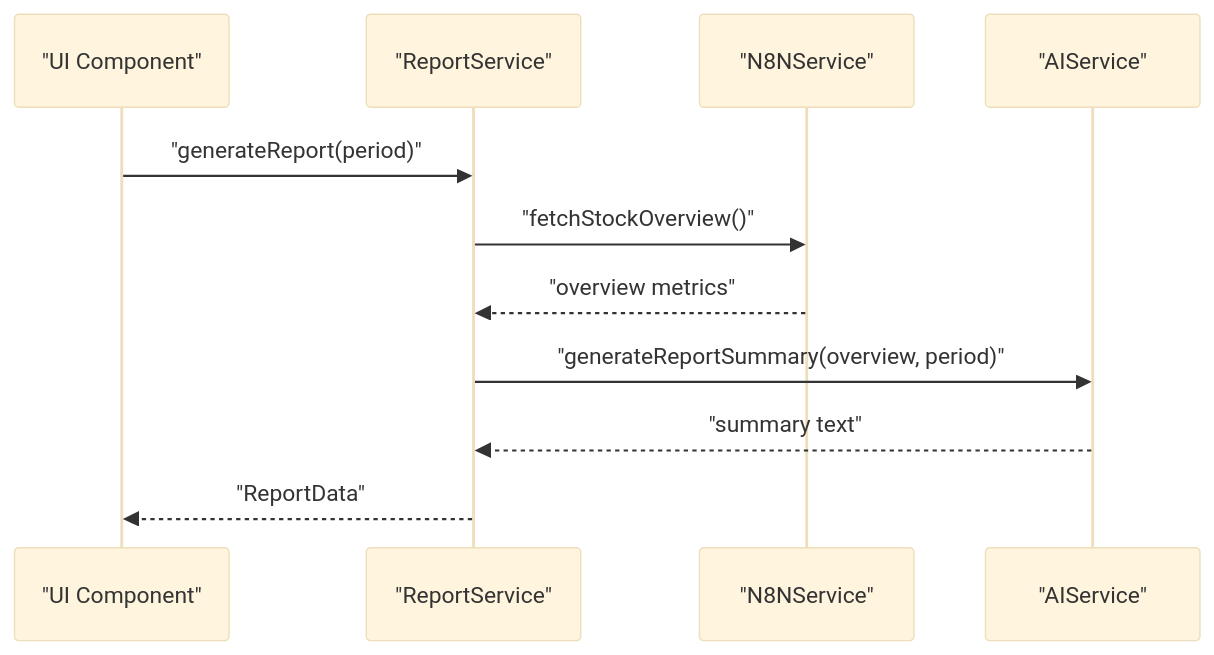
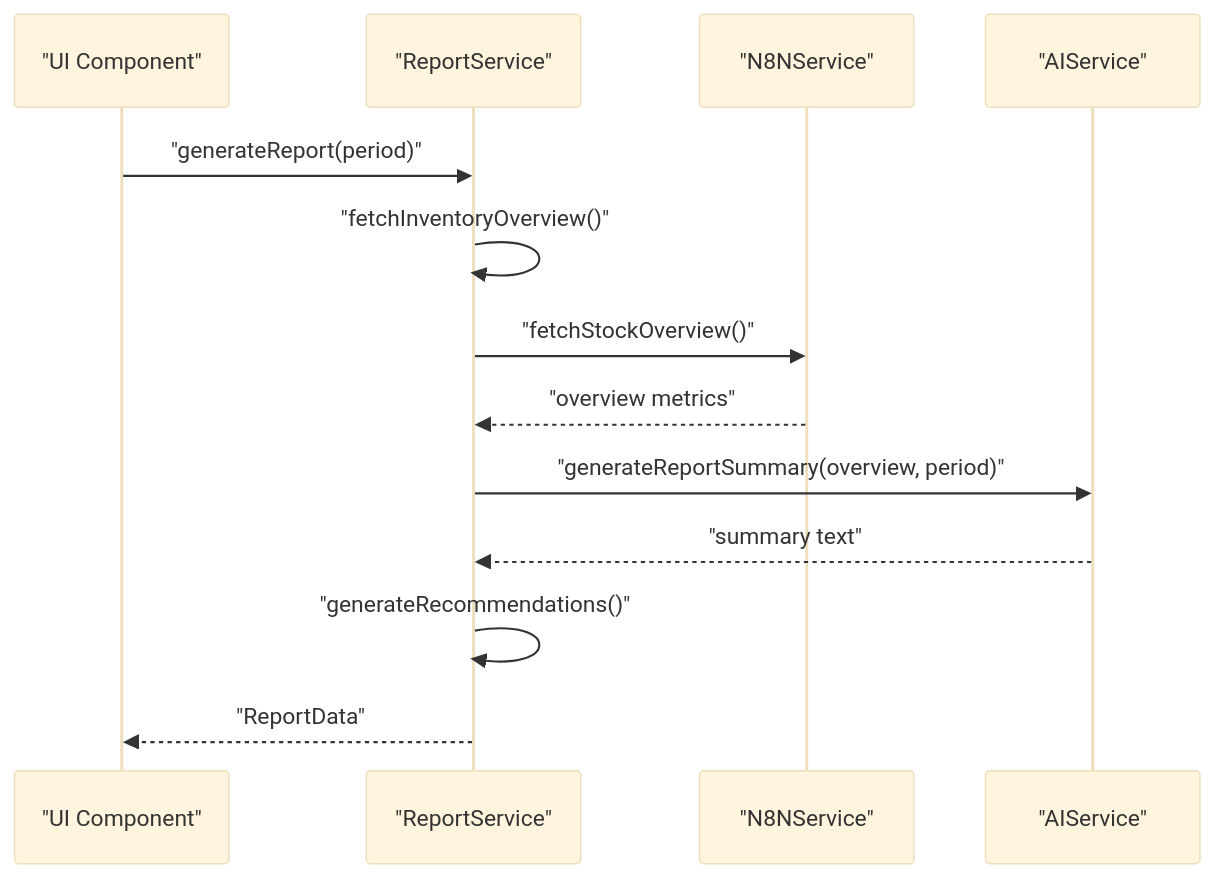
The sixth of 9 diagrams in .qoder/repowiki/en/content/Services Layer/Services Layer.md (cacamarica/dashboard-ai), drawn with Mermaid (base theme) before and after one commit. The commit also changed other lines of this file and 14 other files, not shown here.

````diff
--- a/.qoder/repowiki/en/content/Services Layer/Services Layer.md
+++ b/.qoder/repowiki/en/content/Services Layer/Services Layer.md
@@ -259,13 +298,15 @@
 ```mermaid
 sequenceDiagram
 participant UI as "UI Component"
 participant RS as "ReportService"
 participant N8N as "N8NService"
 participant AI as "AIService"
 UI->>RS : "generateReport(period)"
+RS->>RS : "fetchInventoryOverview()"
 RS->>N8N : "fetchStockOverview()"
 N8N-->>RS : "overview metrics"
 RS->>AI : "generateReportSummary(overview, period)"
 AI-->>RS : "summary text"
+RS->>RS : "generateRecommendations()"
 RS-->>UI : "ReportData"
 ```
````
